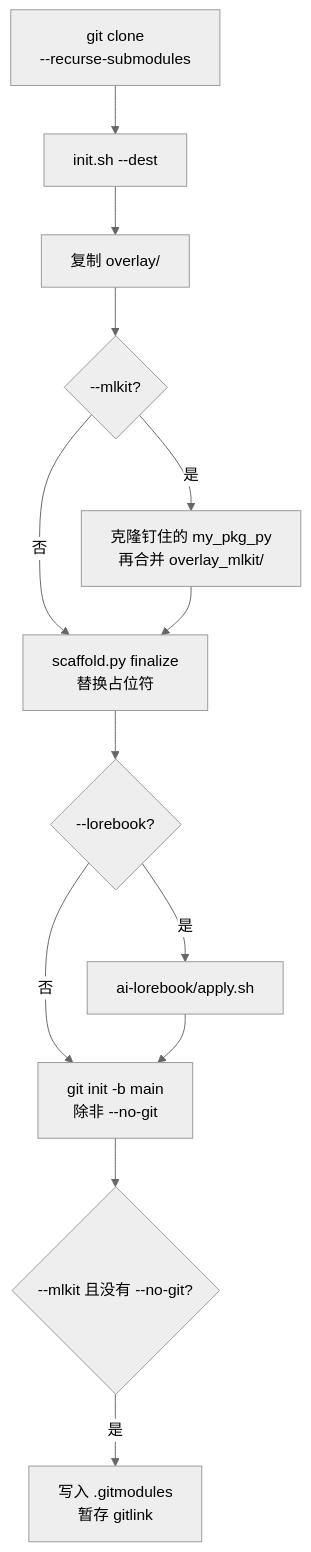
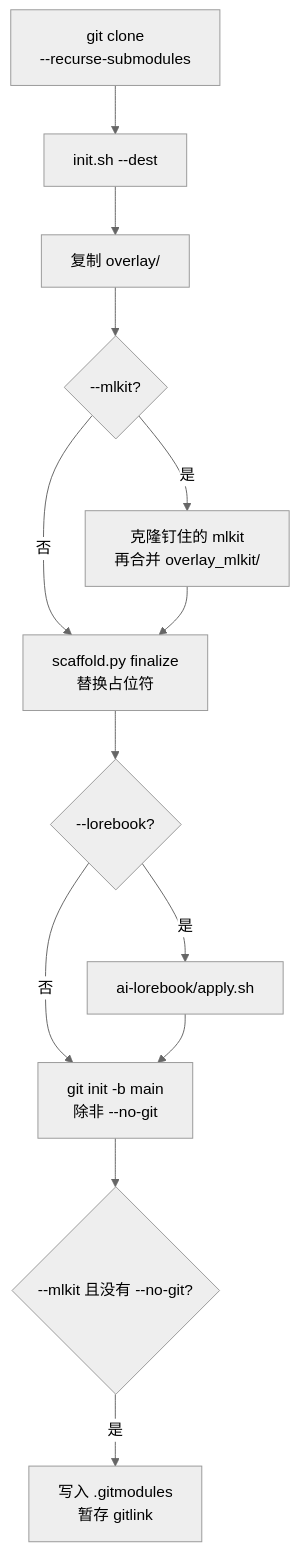
Before and after one commit to zeroDtree/py-project-template: the diagram in docs/zh/init.md, drawn with Mermaid (neutral theme). The commit also changed other lines of this file and 18 other files, not shown here.

First line of the commit message:
Rename my_pkg_py submodule to mlkit

````diff
--- a/docs/zh/init.md
+++ b/docs/zh/init.md
@@ -39,15 +39,15 @@
 ```mermaid
 flowchart TD
   clone["git clone<br/>--recurse-submodules"] --> init["init.sh --dest"]
   init --> overlay["复制 overlay/"]
   overlay --> mlkit{"--mlkit?"}
-  mlkit -->|是| pin["克隆钉住的 my_pkg_py<br/>再合并 overlay_mlkit/"]
+  mlkit -->|是| pin["克隆钉住的 mlkit<br/>再合并 overlay_mlkit/"]
   mlkit -->|否| tokens["scaffold.py finalize<br/>替换占位符"]
   pin --> tokens
   tokens --> lore{"--lorebook?"}
   lore -->|是| rules["ai-lorebook/apply.sh"]
   lore -->|否| git["git init -b main<br/>除非 --no-git"]
   rules --> git
   git --> record{"--mlkit 且没有 --no-git?"}
   record -->|是| link["写入 .gitmodules<br/>暂存 gitlink"]
 ```
````
